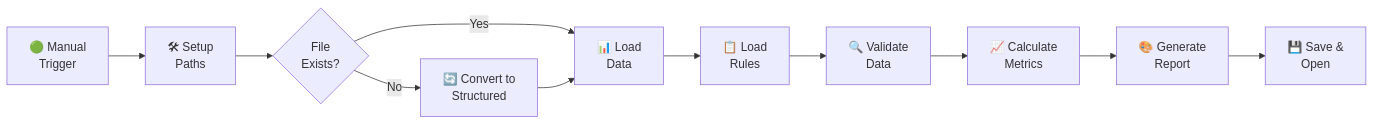
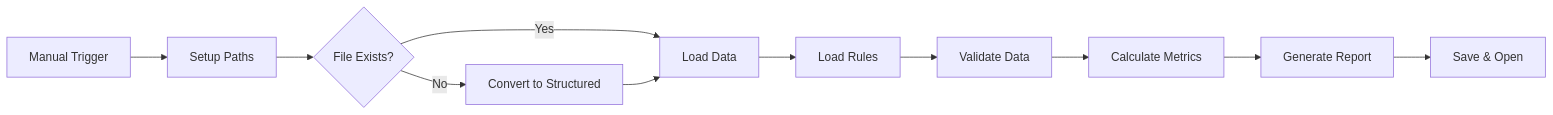
One commit to ehtick/cad2data-Revit-IFC-DWG-DGN-pipeline-with-conversion-validation-qto changed the third of 4 diagrams in README.md. Above: the diagram before and after it, drawn with Mermaid. The commit also changed other lines of this file, not shown here.

````diff
--- a/README.md
+++ b/README.md
@@ -293,13 +133,13 @@
 ```mermaid
 graph LR;
-    A[🟢 Manual<br/>Trigger] --> B[🛠 Setup<br/>Paths]
-    B --> C{File<br/>Exists?}
-    C -->|No| D[🔄 Convert to<br/>Structured]
-    C -->|Yes| E[📊 Load<br/>Data]
-    D --> E
-    E --> F[📋 Load<br/>Rules]
-    F --> G[🔍 Validate<br/>Data]
-    G --> H[📈 Calculate<br/>Metrics]
-    H --> I[🎨 Generate<br/>Report]
-    I --> J[💾 Save &<br/>Open]
+    A[Manual Trigger] --> B[Setup Paths];
+    B --> C{File Exists?};
+    C -->|No| D[Convert to Structured];
+    C -->|Yes| E[Load Data];
+    D --> E;
+    E --> F[Load Rules];
+    F --> G[Validate Data];
+    G --> H[Calculate Metrics];
+    H --> I[Generate Report];
+    I --> J[Save & Open];
 ```
````
